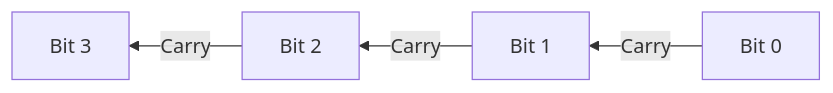
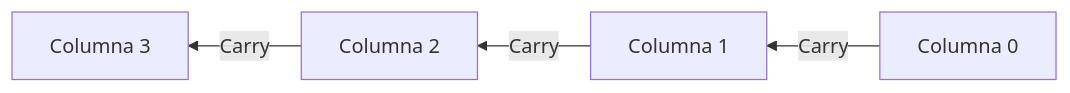
One commit to roblezsdier02-alt/cuaderno-sintesis-unidad1 changed the first of 6 diagrams in semana-4/README.md. Above: the diagram before and after it, drawn with Mermaid. The commit also changed other lines of this file, not shown here.

````diff
--- a/semana-4/README.md
+++ b/semana-4/README.md
@@ -120,6 +166,7 @@
 ```mermaid
 flowchart RL
-    A["Bit 0"] -->|Carry| B["Bit 1"]
-    B -->|Carry| C["Bit 2"]
-    C -->|Carry| D["Bit 3"]
+
+    B0["Columna 0"] -->|Carry| B1["Columna 1"]
+    B1 -->|Carry| B2["Columna 2"]
+    B2 -->|Carry| B3["Columna 3"]
 ```
````
